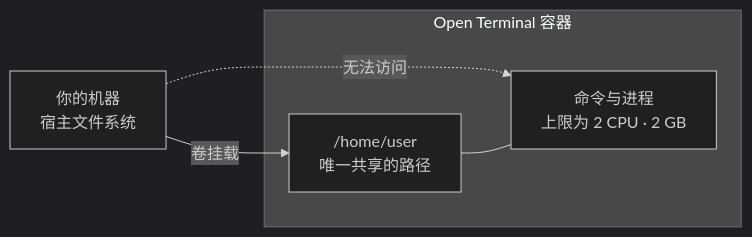
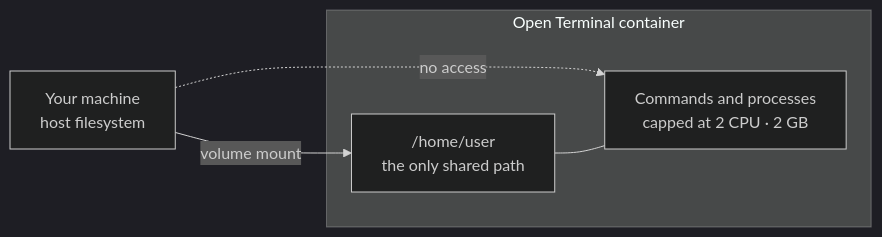
One commit to SMYQH/openwebuidocs changed the first of 3 diagrams in zh-cn/docs/features/open-terminal/advanced/security.md. Above: the diagram before and after it, drawn with Mermaid (dark theme). The commit also changed other lines of this file and 116 other files, not shown here.

````diff
--- a/zh-cn/docs/features/open-terminal/advanced/security.md
+++ b/zh-cn/docs/features/open-terminal/advanced/security.md
@@ -26,11 +26,11 @@
 ```mermaid
 flowchart LR
-    Host["你的机器<br/>宿主文件系统"]
-    subgraph Container["Open Terminal 容器"]
-        Work["/home/user<br/>唯一共享的路径"]
-        Proc["命令与进程<br/>上限为 2 CPU · 2 GB"]
+    Host["Your machine<br/>host filesystem"]
+    subgraph Container["Open Terminal container"]
+        Work["/home/user<br/>the only shared path"]
+        Proc["Commands and processes<br/>capped at 2 CPU · 2 GB"]
     end
-    Host -->|"卷挂载"| Work
-    Host -.->|"无法访问"| Proc
+    Host -->|"volume mount"| Work
+    Host -.->|"no access"| Proc
     Work --- Proc
 ```
````
